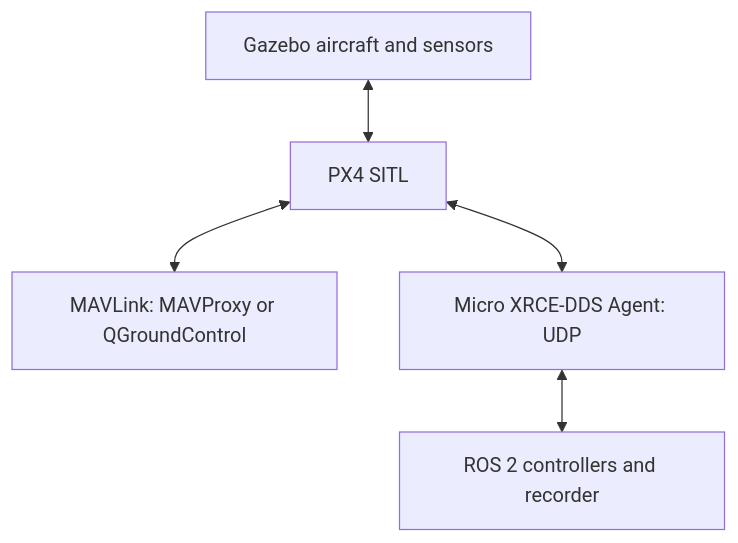
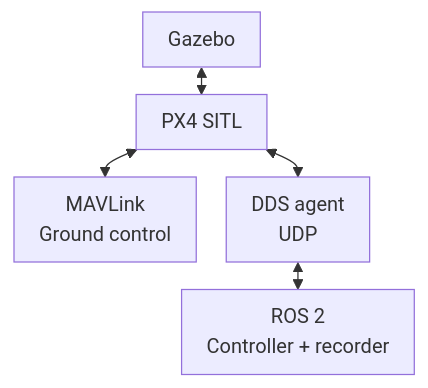
One commit to ANCL/px4-dev-toolkit changed the diagram in docs/environments/sitl.md. Above: the diagram before and after it, drawn with Mermaid. The commit also changed other lines of this file and 41 other files, not shown here.

Commit message:
docs: refine typography, diagrams, and editorial presentation

````diff
--- a/docs/environments/sitl.md
+++ b/docs/environments/sitl.md
@@ -13,7 +13,16 @@
 ```mermaid
+---
+config:
+  flowchart:
+    useMaxWidth: false
+    wrappingWidth: 180
+    padding: 10
+    rankSpacing: 22
+    nodeSpacing: 24
+---
 flowchart TB
-    G[Gazebo aircraft and sensors] <--> P[PX4 SITL]
-    P <--> M[MAVLink: MAVProxy or QGroundControl]
-    P <--> X[Micro XRCE-DDS Agent: UDP]
-    X <--> R[ROS 2 controllers and recorder]
+    G["Gazebo"] <--> P["PX4 SITL"]
+    P <--> M["MAVLink<br/>Ground control"]
+    P <--> X["DDS agent<br/>UDP"]
+    X <--> R["ROS 2<br/>Controller + recorder"]
 ```
````
